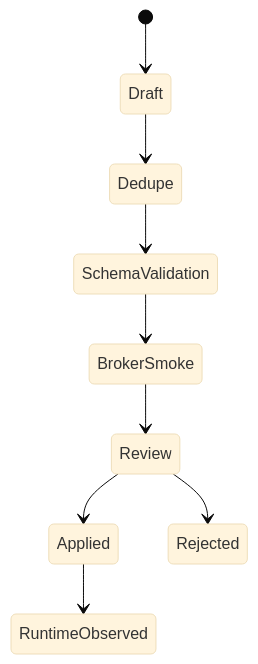
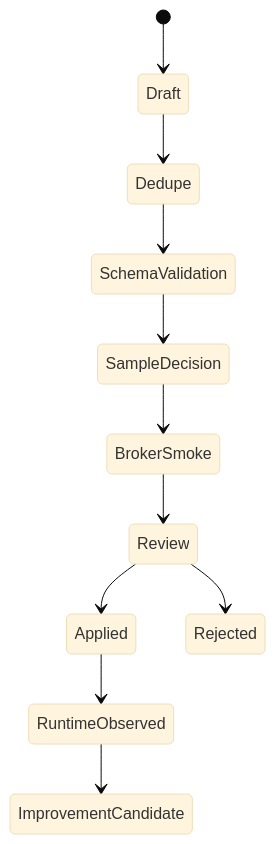
The second of 2 diagrams in data/boi/public/boi-wiki-manual/workflows/event-contract-guide.md (chokukil/boi-wiki), drawn with Mermaid (base theme) before and after one commit. The commit also changed other lines of this file and 89 other files, not shown here.

````diff
--- a/data/boi/public/boi-wiki-manual/workflows/event-contract-guide.md
+++ b/data/boi/public/boi-wiki-manual/workflows/event-contract-guide.md
@@ -52,11 +74,13 @@
 ```mermaid
 stateDiagram-v2
   [*] --> Draft
   Draft --> Dedupe
   Dedupe --> SchemaValidation
-  SchemaValidation --> BrokerSmoke
+  SchemaValidation --> SampleDecision
+  SampleDecision --> BrokerSmoke
   BrokerSmoke --> Review
   Review --> Applied
   Review --> Rejected
   Applied --> RuntimeObserved
+  RuntimeObserved --> ImprovementCandidate
 ```
````
